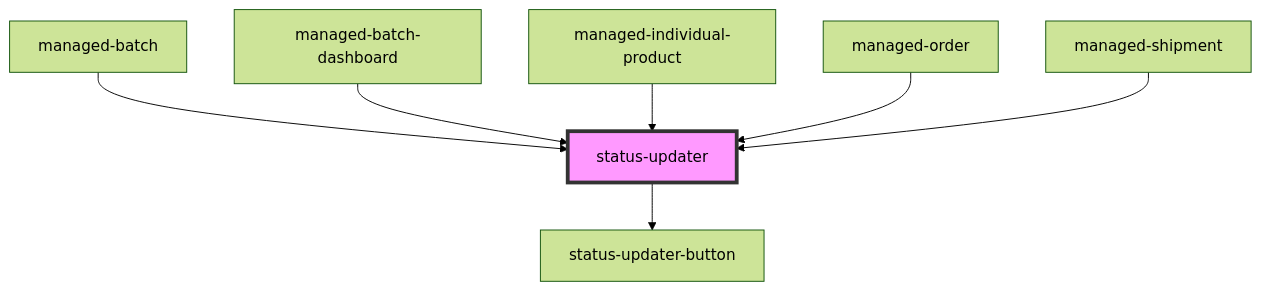
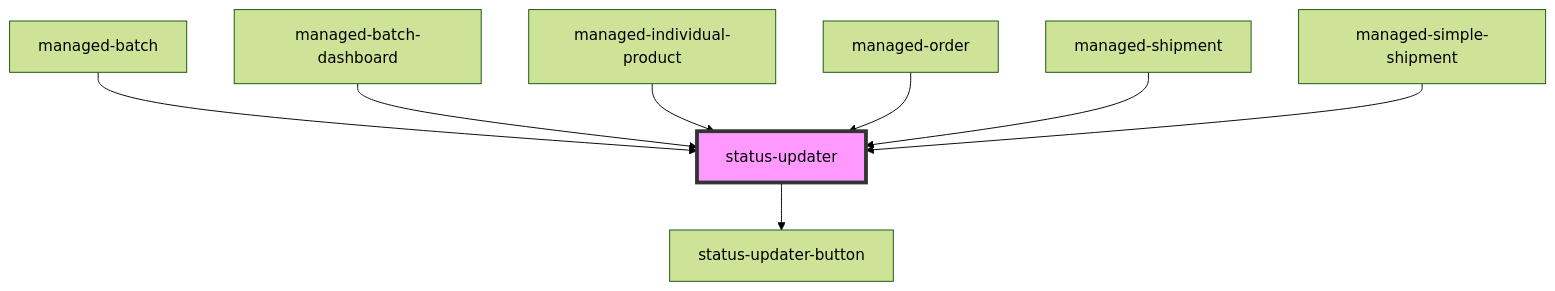
The diagram in pdm-web-components/src/components/status-updater/readme.md (PharmaLedger-IMI/fgt-workspace), drawn with Mermaid (forest theme) before and after one commit. The commit also changed other lines of this file and 23 other files, not shown here.

````diff
--- a/pdm-web-components/src/components/status-updater/readme.md
+++ b/pdm-web-components/src/components/status-updater/readme.md
@@ -42,10 +43,11 @@
 ```mermaid
 graph TD;
   status-updater --> status-updater-button
   managed-batch --> status-updater
   managed-batch-dashboard --> status-updater
   managed-individual-product --> status-updater
   managed-order --> status-updater
   managed-shipment --> status-updater
+  managed-simple-shipment --> status-updater
   style status-updater fill:#f9f,stroke:#333,stroke-width:4px
 ```
````
